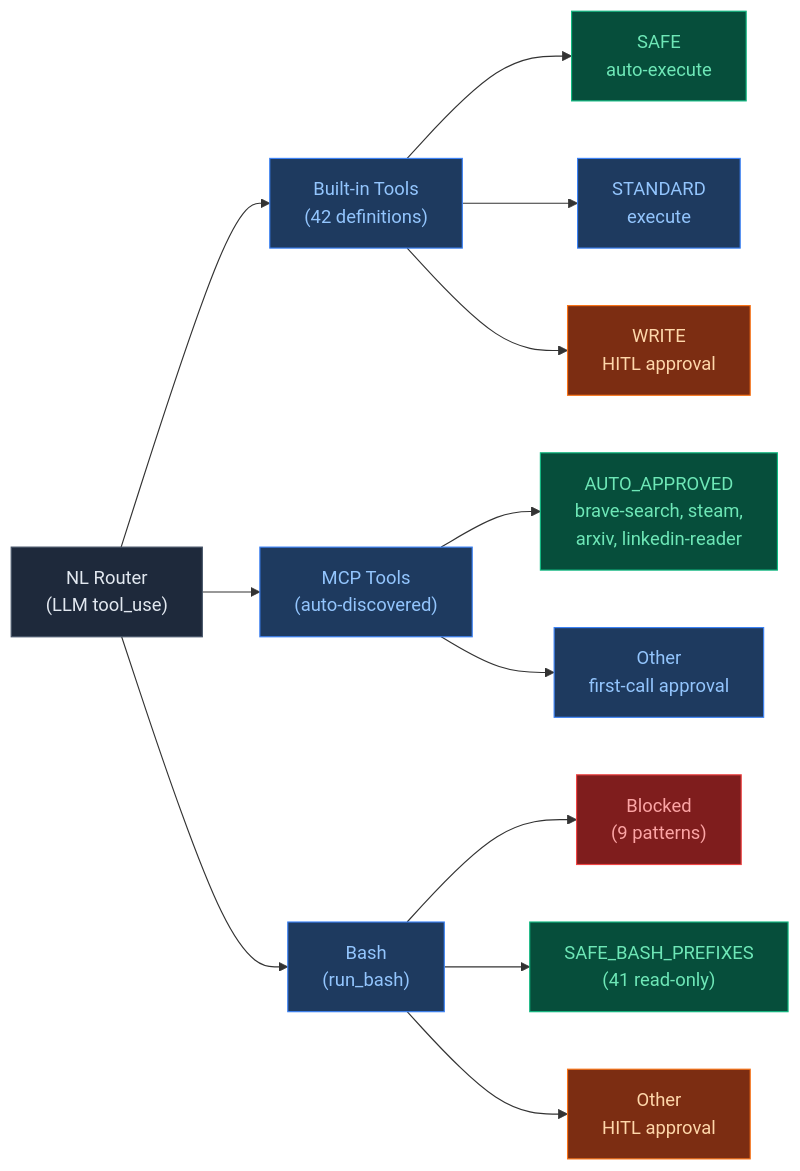
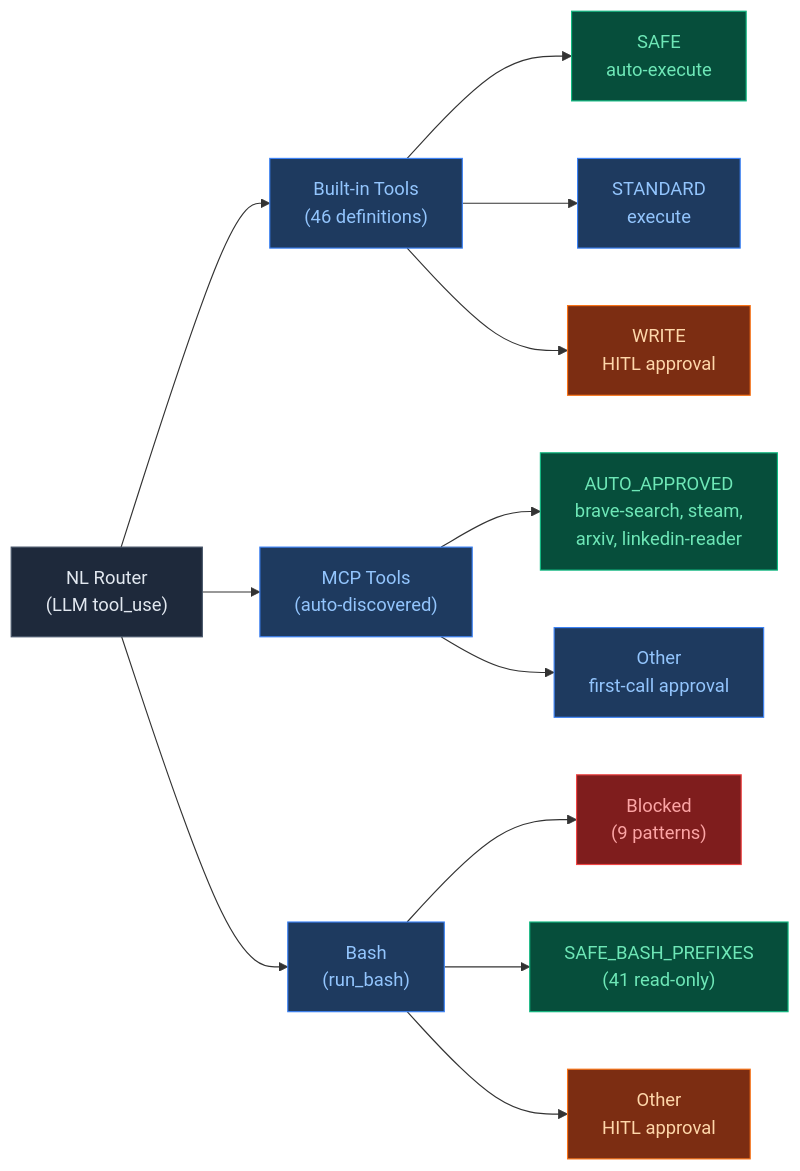
Before and after one commit to mangowhoiscloud/geode: the first of 15 diagrams in README.md, drawn with Mermaid. The commit also changed other lines of this file and 50 other files, not shown here.

````diff
--- a/README.md
+++ b/README.md
@@ -35,32 +35,32 @@
 ```mermaid
 flowchart LR
     NL["NL Router<br/>(LLM tool_use)"]
 
-    NL --> Builtin["Built-in Tools<br/>(42 definitions)"]
+    NL --> Builtin["Built-in Tools<br/>(46 definitions)"]
     NL --> MCP["MCP Tools<br/>(auto-discovered)"]
     NL --> Bash["Bash<br/>(run_bash)"]
 
     Builtin --> S1["SAFE<br/>auto-execute"]
     Builtin --> S2["STANDARD<br/>execute"]
     Builtin --> S3["WRITE<br/>HITL approval"]
 
     MCP --> MA["AUTO_APPROVED<br/>brave-search, steam,<br/>arxiv, linkedin-reader"]
     MCP --> MO["Other<br/>first-call approval"]
 
     Bash --> BBlk["Blocked<br/>(9 patterns)"]
     Bash --> BSafe["SAFE_BASH_PREFIXES<br/>(41 read-only)"]
     Bash --> BHitl["Other<br/>HITL approval"]
 
     style NL fill:#1e293b,stroke:#475569,color:#e2e8f0
     style Builtin fill:#1e3a5f,stroke:#3b82f6,color:#93c5fd
     style MCP fill:#1e3a5f,stroke:#3b82f6,color:#93c5fd
     style Bash fill:#1e3a5f,stroke:#3b82f6,color:#93c5fd
     style S1 fill:#064e3b,stroke:#10b981,color:#6ee7b7
     style S2 fill:#1e3a5f,stroke:#3b82f6,color:#93c5fd
     style S3 fill:#7c2d12,stroke:#f97316,color:#fed7aa
     style MA fill:#064e3b,stroke:#10b981,color:#6ee7b7
     style MO fill:#1e3a5f,stroke:#3b82f6,color:#93c5fd
     style BBlk fill:#7f1d1d,stroke:#ef4444,color:#fca5a5
     style BSafe fill:#064e3b,stroke:#10b981,color:#6ee7b7
     style BHitl fill:#7c2d12,stroke:#f97316,color:#fed7aa
 ```
````
